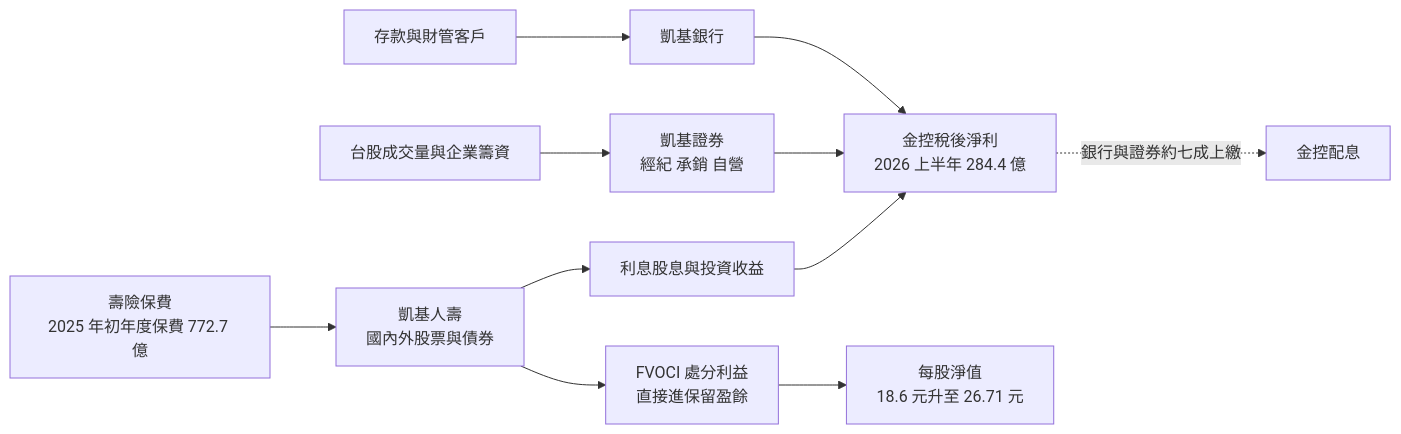
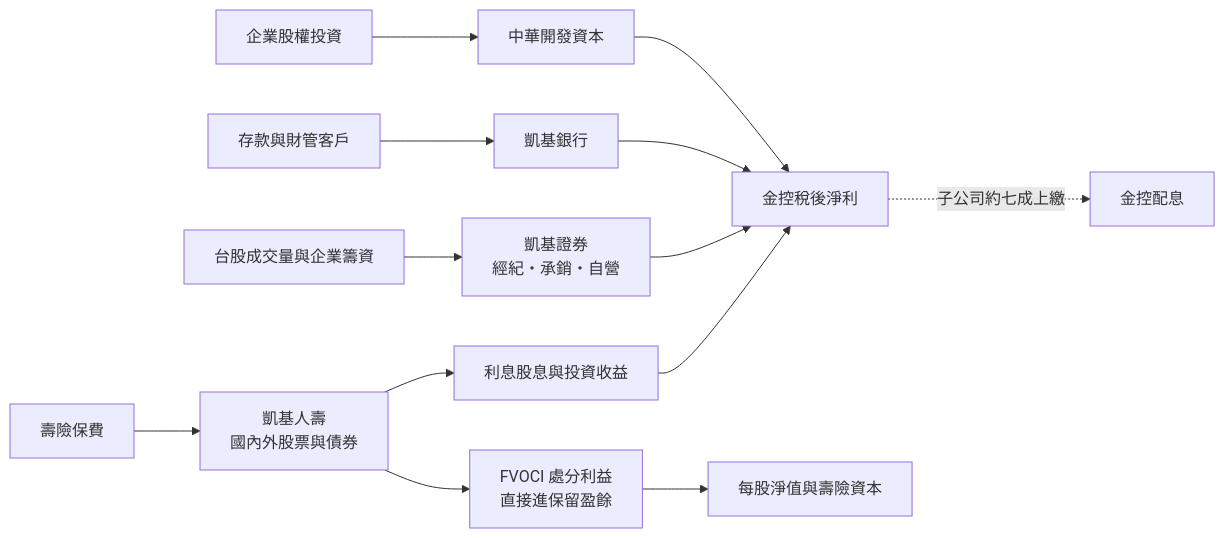
One commit to wangnick1004/taiwan-stock-vault changed the second of 4 diagrams in 個股/台股/2883凱基金.md. Above: the diagram before and after it, drawn with Mermaid. The commit also changed other lines of this file and 8 other files, not shown here.

````diff
--- a/個股/台股/2883凱基金.md
+++ b/個股/台股/2883凱基金.md
@@ -70,13 +66,15 @@
 ```mermaid
 flowchart LR
-    A["壽險保費<br/>2025 年初年度保費 772.7 億"] --> B["凱基人壽<br/>國內外股票與債券"]
+    A[壽險保費] --> B["凱基人壽<br/>國內外股票與債券"]
     B --> C[利息股息與投資收益]
     B --> D["FVOCI 處分利益<br/>直接進保留盈餘"]
-    E["台股成交量與企業籌資"] --> F["凱基證券<br/>經紀 承銷 自營"]
-    G["存款與財管客戶"] --> H[凱基銀行]
-    C --> I["金控稅後淨利<br/>2026 上半年 284.4 億"]
-    F --> I
-    H --> I
-    D --> J["每股淨值<br/>18.6 元升至 26.71 元"]
-    I -. 銀行與證券約七成上繳 .-> K[金控配息]
+    E[台股成交量與企業籌資] --> F["凱基證券<br/>經紀・承銷・自營"]
+    G[存款與財管客戶] --> H[凱基銀行]
+    I[企業股權投資] --> J[中華開發資本]
+    C --> K[金控稅後淨利]
+    F --> K
+    H --> K
+    J --> K
+    D --> L[每股淨值與壽險資本]
+    K -. 子公司約七成上繳 .-> M[金控配息]
 ```
````
